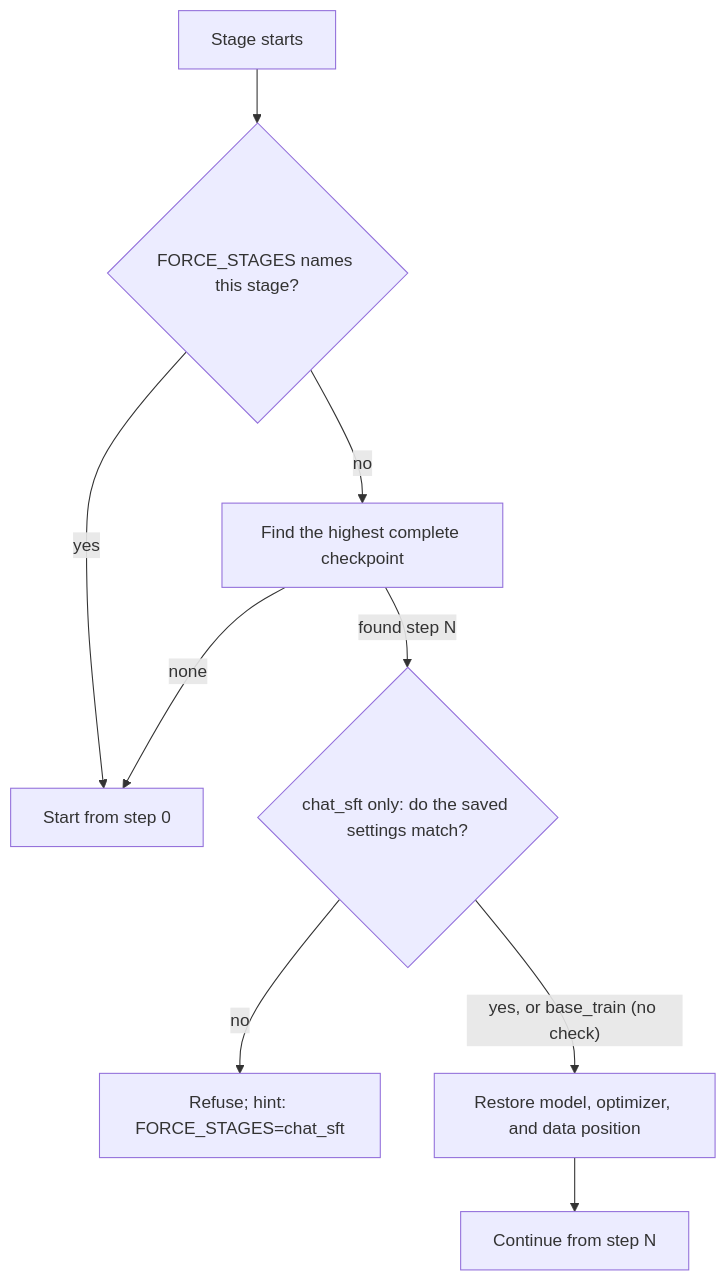
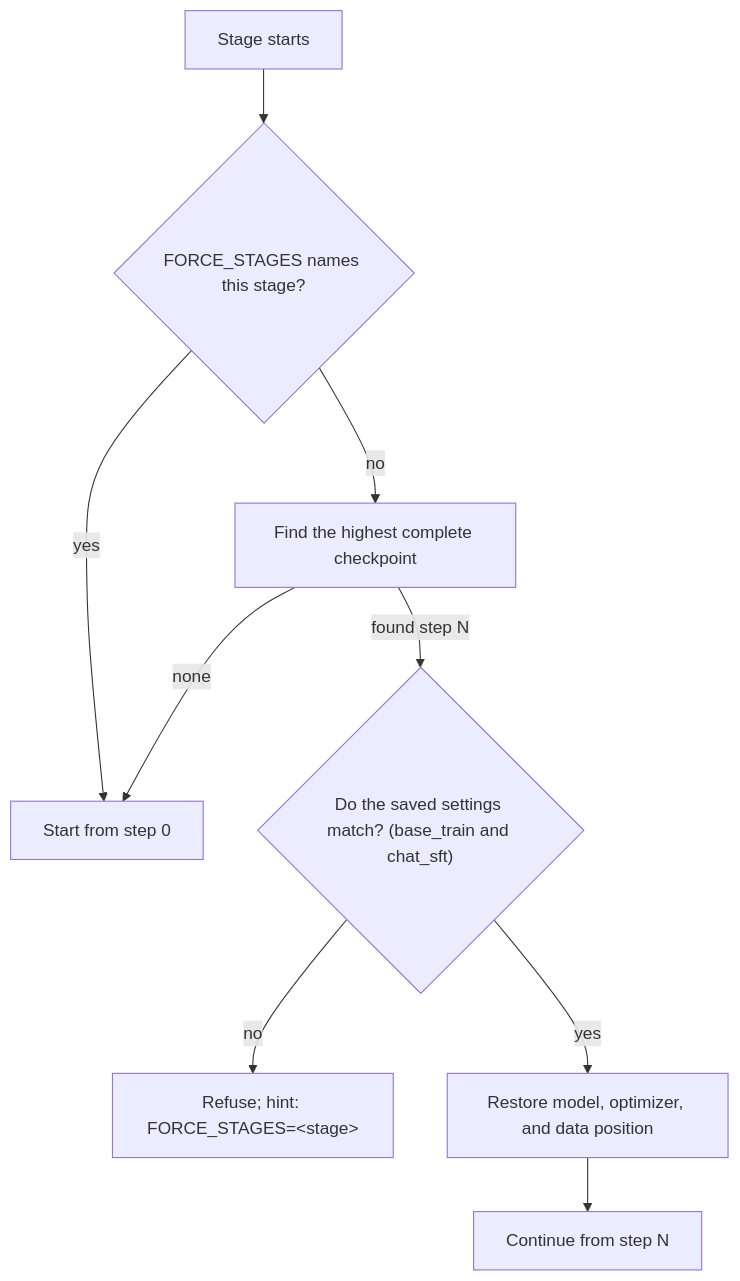
Before and after one commit to karpathy/nanochat: the fourth of 4 diagrams in docs/DIAGRAMS.md, drawn with Mermaid. The commit also changed other lines of this file and 1 other file, not shown here.

Commit message:
docs(modal,diagrams): fix stale marker/lock/resume-config docs
MODAL.md: replace the "Known issue: markers are shared and depth-free"
block with the current behavior — markers are profile+depth-tagged, a
mismatch prints "RUN … reason=profile/depth mismatch" and reruns the
stage, old .train_ok markers are treated as mismatches. Keep
FORCE_STAGES=all as an explicit override, not a bug workaround.

MODAL.md: fix the stale run-lock troubleshooting entry. The lock no
longer prints "(PID 5)"; it records a run ID + heartbeat with a 600 s
stale threshold and a background refresher. The lock path is
mode-prefixed (e.g. cpu/.run.lock). A same-run-ID restart reclaims its
own lock automatically.

DIAGRAMS.md: update the resume flowchart — both base_train and chat_sft
now run assert_resume_config_matches (shared key list in
nanochat/checkpoint_manager.py); remove the "chat_sft only" label.
Update the side-by-side table and known gaps to reflect that the
base_train config guard is implemented and that stage markers are
depth-scoped.

````diff
--- a/docs/DIAGRAMS.md
+++ b/docs/DIAGRAMS.md
@@ -64,11 +64,11 @@
 ```mermaid
 flowchart TD
   S["Stage starts"] --> F{"FORCE_STAGES names this stage?"}
   F -- yes --> Z["Start from step 0"]
   F -- no --> P["Find the highest complete checkpoint"]
   P -- none --> Z
-  P -- "found step N" --> G{"chat_sft only: do the saved settings match?"}
-  G -- no --> R["Refuse; hint: FORCE_STAGES=chat_sft"]
-  G -- "yes, or base_train (no check)" --> L["Restore model, optimizer, and data position"]
+  P -- "found step N" --> G{"Do the saved settings match? (base_train and chat_sft)"}
+  G -- no --> R["Refuse; hint: FORCE_STAGES=&lt;stage&gt;"]
+  G -- yes --> L["Restore model, optimizer, and data position"]
   L --> N["Continue from step N"]
 ```
````
